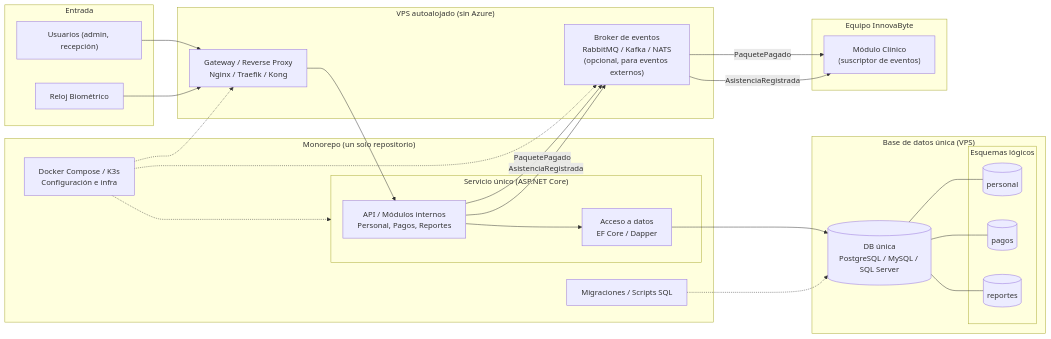
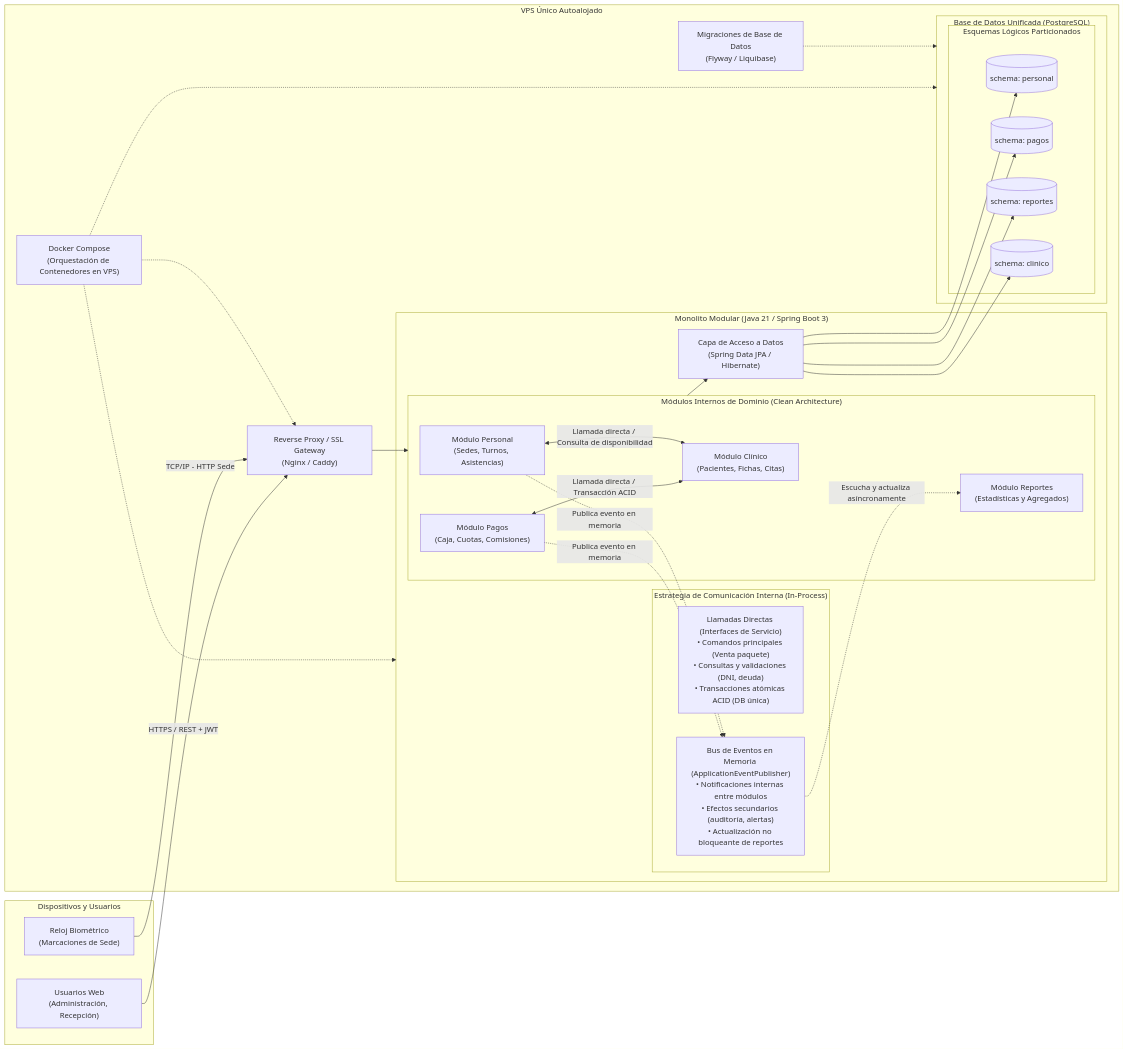
The diagram in infraestructure/arq-diagram_v2.md (KODA-pe/architecture-docs), drawn with Mermaid before and after one commit. The commit also changed other lines of this file and 3 other files, not shown here.

Commit message:
docs: update readme and olds diagrams

````diff
--- a/infraestructure/arq-diagram_v2.md
+++ b/infraestructure/arq-diagram_v2.md
@@ -1,60 +7,64 @@
 ```mermaid
 flowchart LR
-    subgraph Entrada["Entrada"]
-        UI["Usuarios (admin, recepción)"]
-        Biometrico["Reloj Biométrico"]
+    subgraph Entrada["Dispositivos y Usuarios"]
+        UI["Usuarios Web<br/>(Administración, Recepción)"]
+        Biometrico["Reloj Biométrico<br/>(Marcaciones de Sede)"]
     end
 
-    subgraph VPS["VPS autoalojado (sin Azure)"]
-        Gateway["Gateway / Reverse Proxy<br/>Nginx / Traefik / Kong"]
-        Broker["Broker de eventos<br/>RabbitMQ / Kafka / NATS<br/>(opcional, para eventos externos)"]
-    end
+    subgraph VPS["VPS Único Autoalojado"]
+        Gateway["Reverse Proxy / SSL Gateway<br/>(Nginx / Caddy)"]
 
-    subgraph Monorepo["Monorepo (un solo repositorio)"]
-        subgraph Servicio["Servicio único (ASP.NET Core)"]
-            API["API / Módulos internos<br/>Personal, Pagos, Reportes"]
-            DBContext["Acceso a datos<br/>EF Core / Dapper"]
+        subgraph Monorepo["Monolito Modular (Java 21 / Spring Boot 3)"]
+            subgraph Modulos["Módulos Internos de Dominio (Clean Architecture)"]
+                Personal["Módulo Personal<br/>(Sedes, Turnos, Asistencias)"]
+                Pagos["Módulo Pagos<br/>(Caja, Cuotas, Comisiones)"]
+                Reportes["Módulo Reportes<br/>(Estadísticas y Agregados)"]
+                Clinico["Módulo Clínico<br/>(Pacientes, Fichas, Citas)"]
+            end
+
+            subgraph Comunicacion["Estrategia de Comunicación Interna (In-Process)"]
+                DirectCalls["Llamadas Directas (Interfaces de Servicio)<br/>• Comandos principales (Venta paquete)<br/>• Consultas y validaciones (DNI, deuda)<br/>• Transacciones atómicas ACID (DB única)"]
+                EventBus["Bus de Eventos en Memoria (ApplicationEventPublisher)<br/>• Notificaciones internas entre módulos<br/>• Efectos secundarios (auditoría, alertas)<br/>• Actualización no bloqueante de reportes"]
+            end
+
+            DataAccess["Capa de Acceso a Datos<br/>(Spring Data JPA / Hibernate)"]
         end
-        Migrations["Migraciones / Scripts SQL"]
-        Infra["Docker Compose / K3s<br/>Configuración e infra"]
-    end
 
-    subgraph Datos["Base de datos única (VPS)"]
-        DB[("DB única<br/>PostgreSQL / MySQL / SQL Server")]
-        subgraph Esquemas["Esquemas lógicos"]
-            SchemaPersonal[("personal")]
-            SchemaPagos[("pagos")]
-            SchemaReportes[("reportes")]
+        subgraph Datos["Base de Datos Unificada (PostgreSQL)"]
+            subgraph Esquemas["Esquemas Lógicos Particionados"]
+                SchemaPersonal[("schema: personal")]
+                SchemaPagos[("schema: pagos")]
+                SchemaReportes[("schema: reportes")]
+                SchemaClinico[("schema: clinico")]
+            end
         end
-        DB --- SchemaPersonal
-        DB --- SchemaPagos
-        DB --- SchemaReportes
-    end
 
-    subgraph Externo["Equipo InnovaByte"]
-        InnovaByte["Módulo Clínico<br/>(suscriptor de eventos)"]
+        Infra["Docker Compose<br/>(Orquestación de Contenedores en VPS)"]
+        Migrations["Migraciones de Base de Datos<br/>(Flyway / Liquibase)"]
     end
 
     %% Flujos de entrada
-    UI --> Gateway
-    Biometrico --> Gateway
+    UI -->|HTTPS / REST + JWT| Gateway
+    Biometrico -->|TCP/IP - HTTP Sede| Gateway
+    Gateway --> Modulos
 
-    %% Gateway al servicio único
-    Gateway --> API
+    %% Comunicación interna en el monolito
+    Pagos <-->|Llamada directa / Transacción ACID| Clinico
+    Personal <-->|Llamada directa / Consulta de disponibilidad| Clinico
+    Pagos -.->|Publica evento en memoria| EventBus
+    Personal -.->|Publica evento en memoria| EventBus
+    EventBus -.->|Escucha y actualiza asíncronamente| Reportes
 
-    %% Servicio único a la base de datos
-    API --> DBContext
-    DBContext --> DB
+    %% Persistencia por esquema
+    Modulos --> DataAccess
+    DataAccess --> SchemaPersonal
+    DataAccess --> SchemaPagos
+    DataAccess --> SchemaReportes
+    DataAccess --> SchemaClinico
 
-    %% Eventos hacia el exterior
-    API -- "PaquetePagado" --> Broker
-    API -- "AsistenciaRegistrada" --> Broker
-    Broker -- "PaquetePagado" --> InnovaByte
-    Broker -- "AsistenciaRegistrada" --> InnovaByte
-
-    %% Relación del monorepo con la infraestructura
-    Migrations -.-> DB
-    Infra -.-> Servicio
+    %% Infraestructura y despliegue
     Infra -.-> Gateway
-    Infra -.-> Broker
+    Infra -.-> Monorepo
+    Infra -.-> Datos
+    Migrations -.-> Datos
 ```
````
